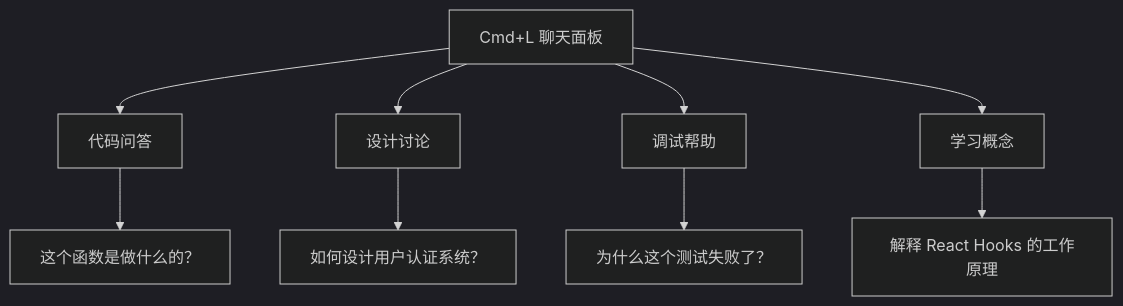
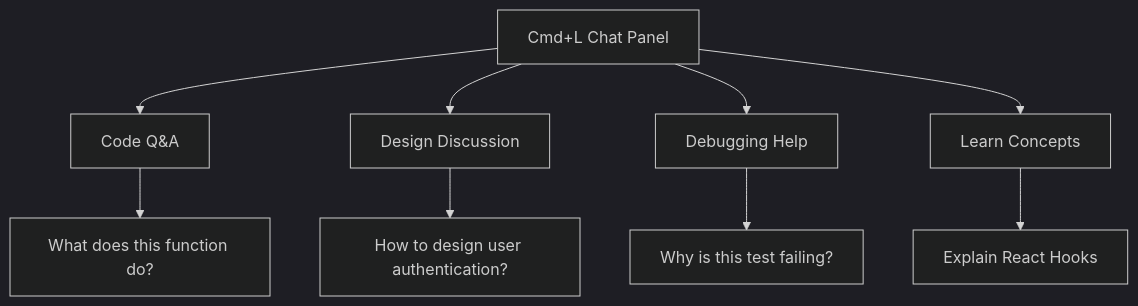
The fourth of 9 diagrams in 01-shortcuts/README.md (DDR187/cursor-howto), drawn with Mermaid (dark theme) before and after one commit. The commit also changed other lines of this file and 22 other files, not shown here.

````diff
--- a/01-shortcuts/README.md
+++ b/01-shortcuts/README.md
@@ -197,12 +197,12 @@
 ```mermaid
 flowchart TB
-    A[Cmd+L 聊天面板] --> B[代码问答]
-    A --> C[设计讨论]
-    A --> D[调试帮助]
-    A --> E[学习概念]
+    A[Cmd+L Chat Panel] --> B[Code Q&A]
+    A --> C[Design Discussion]
+    A --> D[Debugging Help]
+    A --> E[Learn Concepts]
     
-    B --> B1["这个函数是做什么的？"]
-    C --> C1["如何设计用户认证系统？"]
-    D --> D1["为什么这个测试失败了？"]
-    E --> E1["解释 React Hooks 的工作原理"]
+    B --> B1["What does this function do?"]
+    C --> C1["How to design user authentication?"]
+    D --> D1["Why is this test failing?"]
+    E --> E1["Explain React Hooks"]
 ```
````
